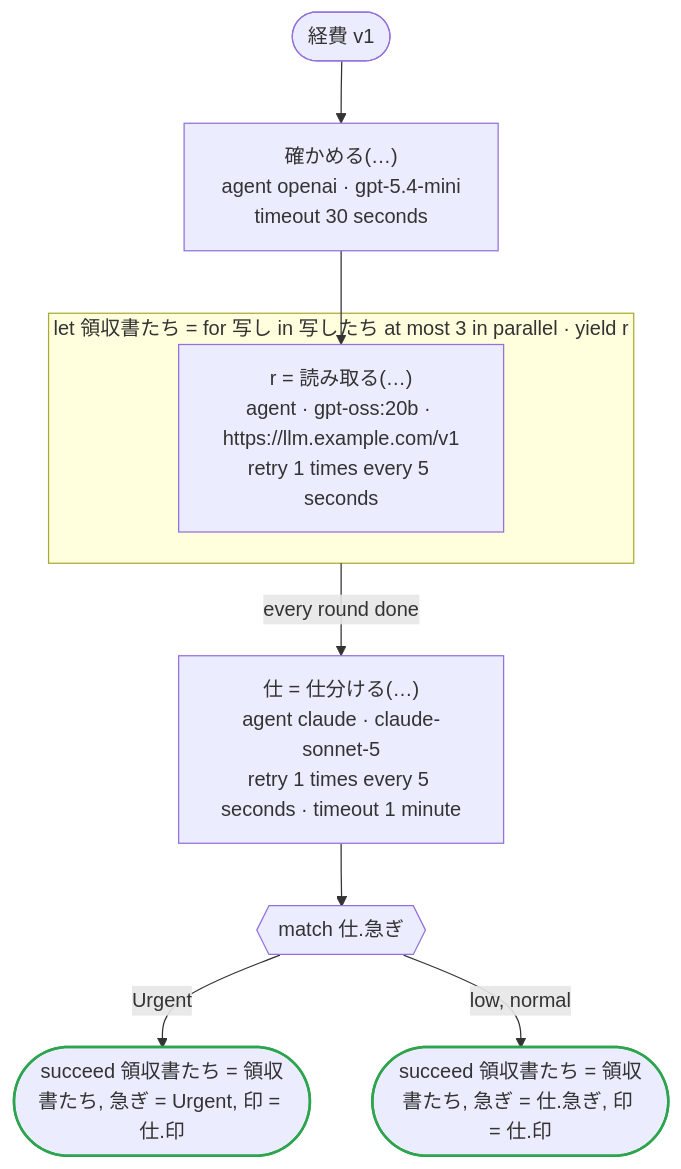
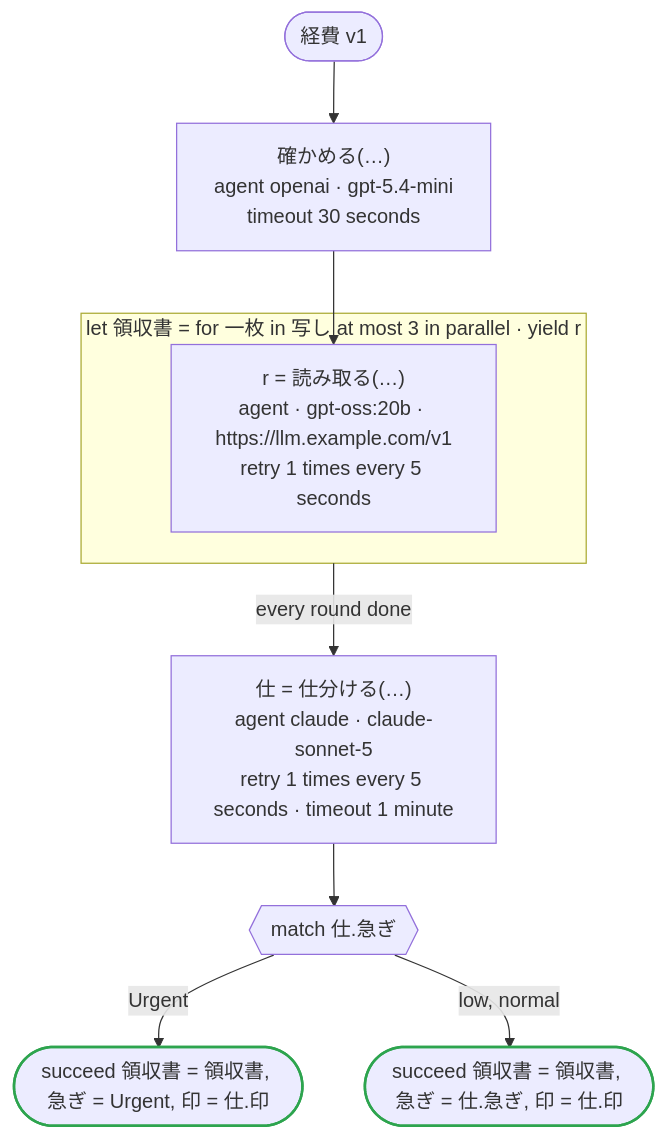
One commit to i2y/ritsu changed the diagram in crates/dandori/tests/doc/tests-flows-agents.en.md. Above: the diagram before and after it, drawn with Mermaid. The commit also changed other lines of this file and 143 other files, not shown here.

````diff
--- a/crates/dandori/tests/doc/tests-flows-agents.en.md
+++ b/crates/dandori/tests/doc/tests-flows-agents.en.md
@@ -9,21 +9,21 @@
 ```mermaid
 flowchart TD
     start(["経費 v1"])
     s1["確かめる(…)<br>agent openai · gpt-5.4-mini<br>timeout 30 seconds"]
-    subgraph L2 ["let 領収書たち = for 写し in 写したち at most 3 in parallel · yield r"]
+    subgraph L2 ["let 領収書 = for 一枚 in 写し at most 3 in parallel · yield r"]
         s3["r = 読み取る(…)<br>agent · gpt-oss:20b · https://llm.example.com/v1<br>retry 1 times every 5 seconds"]
     end
     s4["仕 = 仕分ける(…)<br>agent claude · claude-sonnet-5<br>retry 1 times every 5 seconds · timeout 1 minute"]
     s5{{"match 仕.急ぎ"}}
-    s6(["succeed 領収書たち = 領収書たち, 急ぎ = Urgent, 印 = 仕.印"])
-    s7(["succeed 領収書たち = 領収書たち, 急ぎ = 仕.急ぎ, 印 = 仕.印"])
+    s6(["succeed 領収書 = 領収書, 急ぎ = Urgent, 印 = 仕.印"])
+    s7(["succeed 領収書 = 領収書, 急ぎ = 仕.急ぎ, 印 = 仕.印"])
     start --> s1
     s1 --> s3
     L2 -->|"every round done"| s4
     s4 --> s5
     s5 -->|"Urgent"| s6
     s5 -->|"low, normal"| s7
     classDef ok stroke:#2da44e,stroke-width:2px
     classDef bad stroke:#cf222e,stroke-width:2px
     class s6,s7 ok
 ```
````
